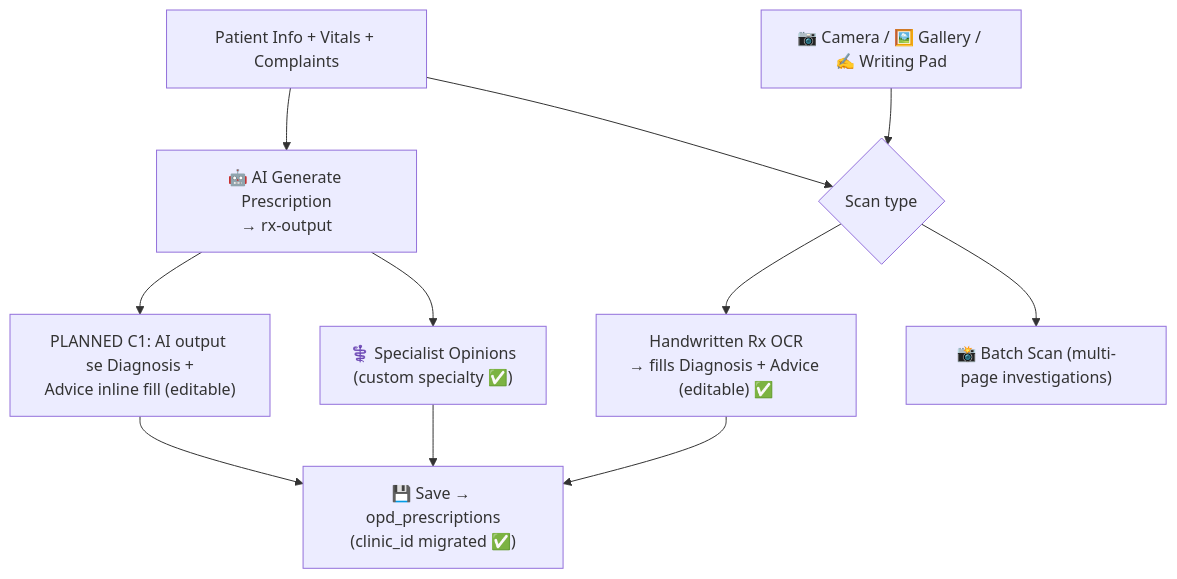
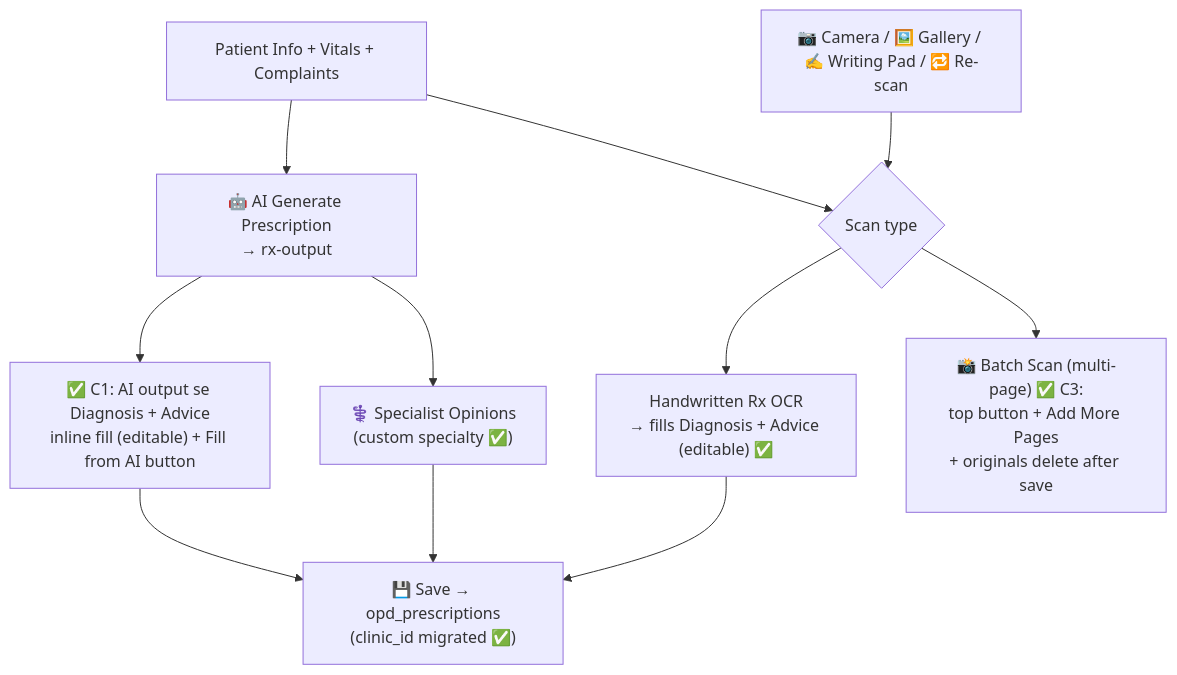
The third of 5 diagrams in ghos_memory/GRAPH_MEMORY.md (gurjeetsinghgill8-web/gil-clinic), drawn with Mermaid before and after one commit. The commit also changed other lines of this file, not shown here.

Commit message:
docs: GRAPH_MEMORY v2 - C1/C2/C3/C5 shipped status

````diff
--- a/ghos_memory/GRAPH_MEMORY.md
+++ b/ghos_memory/GRAPH_MEMORY.md
@@ -56,22 +56,22 @@
 ```mermaid
 flowchart TB
     IN["Patient Info + Vitals + Complaints"]
-    SCAN["📷 Camera / 🖼️ Gallery / ✍️ Writing Pad"]
+    SCAN["📷 Camera / 🖼️ Gallery / ✍️ Writing Pad / 🔁 Re-scan"]
     HWR{"Scan type"}
     HWRX["Handwritten Rx OCR<br/>→ fills Diagnosis + Advice (editable) ✅"]
-    HBATCH["📸 Batch Scan (multi-page investigations)"]
+    HBATCH["📸 Batch Scan (multi-page) ✅ C3:<br/>top button + Add More Pages<br/>+ originals delete after save"]
     GEN["🤖 AI Generate Prescription<br/>→ rx-output"]
-    PLAN_C1["PLANNED C1: AI output se Diagnosis +<br/>Advice inline fill (editable)"]
+    C1["✅ C1: AI output se Diagnosis + Advice<br/>inline fill (editable) + Fill from AI button"]
     UPGR["⚕️ Specialist Opinions<br/>(custom specialty ✅)"]
     SAVE["💾 Save → opd_prescriptions<br/>(clinic_id migrated ✅)"]
     IN --> GEN
     IN --> HWR
     SCAN --> HWR
     HWR --> HWRX
     HWR --> HBATCH
-    GEN --> PLAN_C1
+    GEN --> C1
     GEN --> UPGR
     HWRX --> SAVE
-    PLAN_C1 --> SAVE
+    C1 --> SAVE
     UPGR --> SAVE
 ```
````
